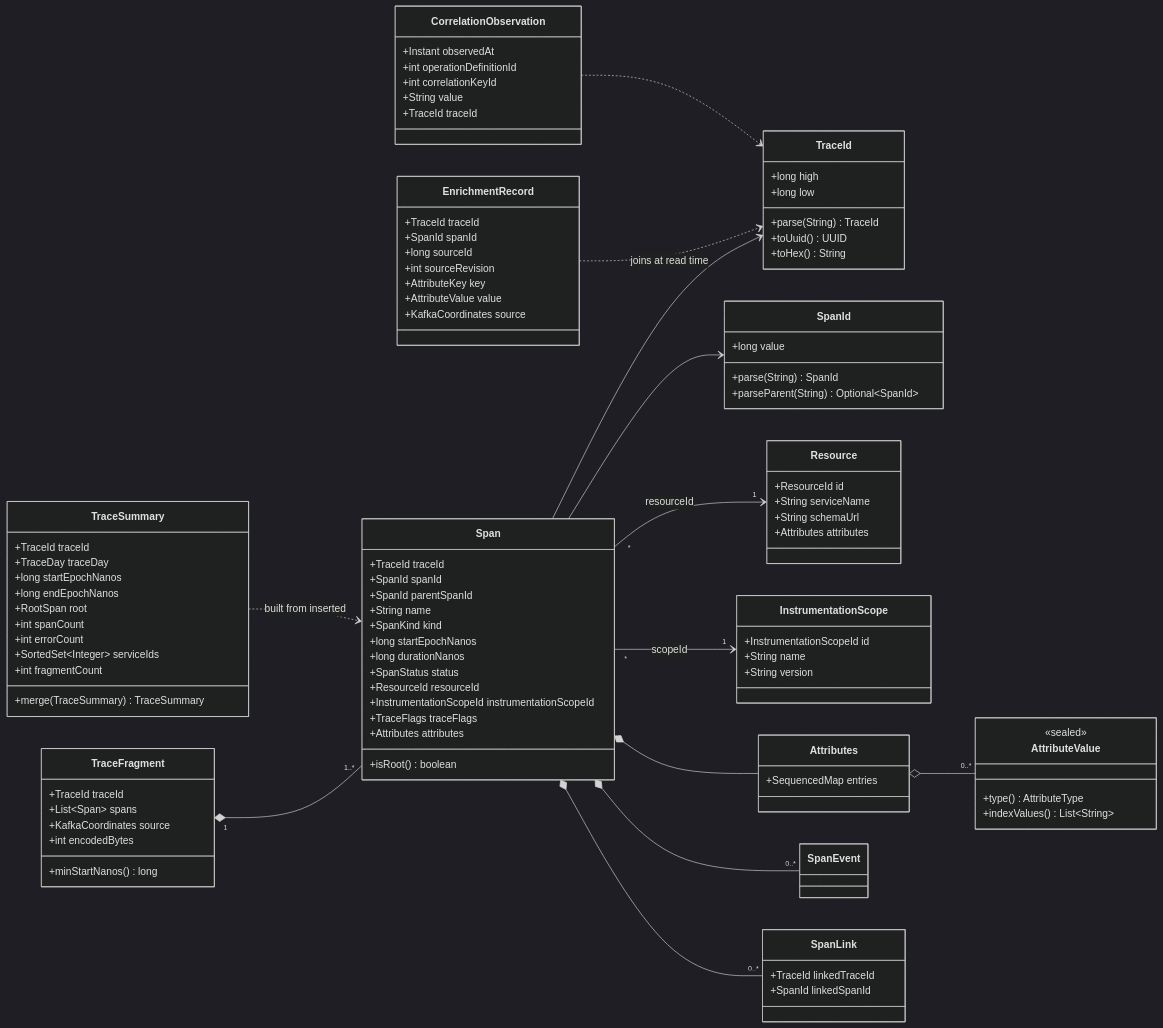
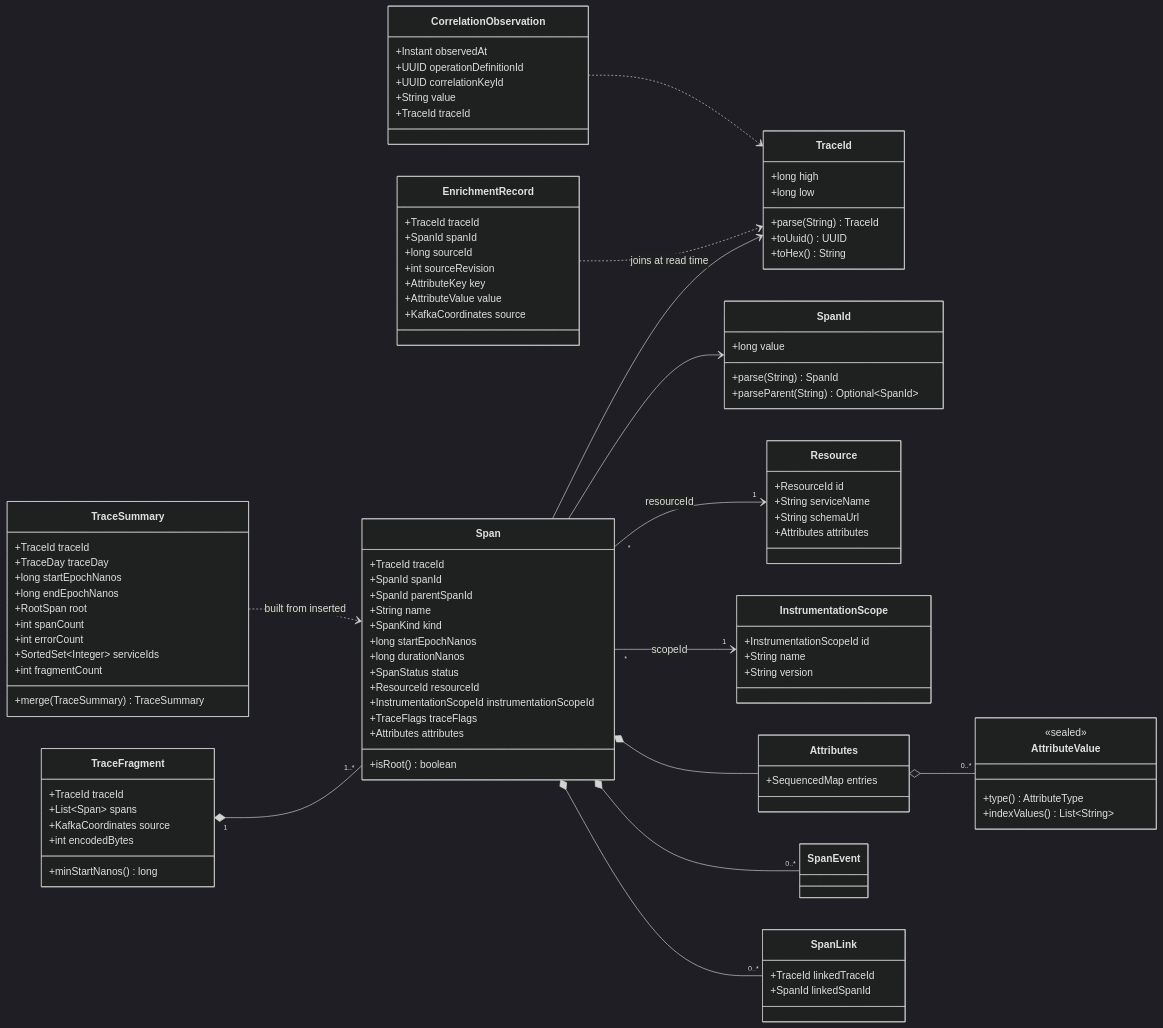
The second of 9 diagrams in agent/05-domain-model.md (aasmc/tracing-system), drawn with Mermaid (dark theme) before and after one commit. The commit also changed other lines of this file and 50 other files, not shown here.

First line of the commit message:
Phase 2 slices 2d-1 and 2d-2a: schema, grants, UUID config ids, dictionaries

```diff
--- a/agent/05-domain-model.md
+++ b/agent/05-domain-model.md
@@ -510,8 +510,8 @@
     }
     class CorrelationObservation {
         +Instant observedAt
-        +int operationDefinitionId
-        +int correlationKeyId
+        +UUID operationDefinitionId
+        +UUID correlationKeyId
         +String value
         +TraceId traceId
     }
```
